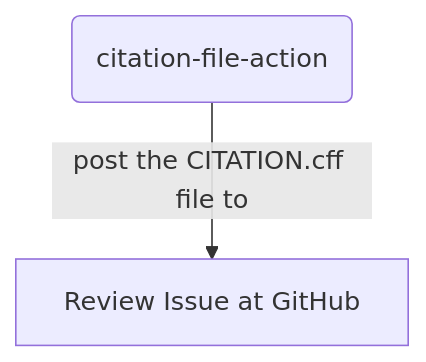
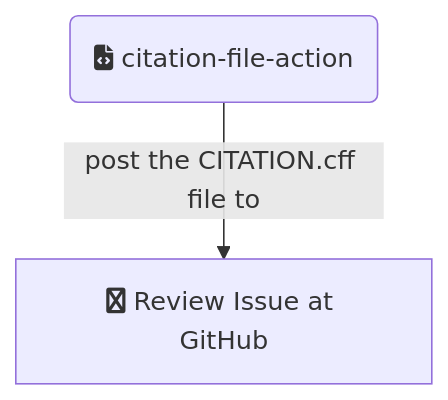
One commit to openjournals/joss-infra-docs changed the fifth of 6 diagrams in github-actions.md. Above: the diagram before and after it, drawn with Mermaid. The commit also changed other lines of this file, not shown here.

````diff
--- a/github-actions.md
+++ b/github-actions.md
@@ -70,8 +70,8 @@
 ```mermaid
 flowchart TD
-  CITATION-INFO(citation-file-action)
+  CITATION-INFO(fa:fa-file-code citation-file-action)
    
-  Review[Review Issue at GitHub]
+  Review[fa:fa-github Review Issue at GitHub]
    
   CITATION-INFO --> |post the CITATION.cff file to| Review
 ```
````
